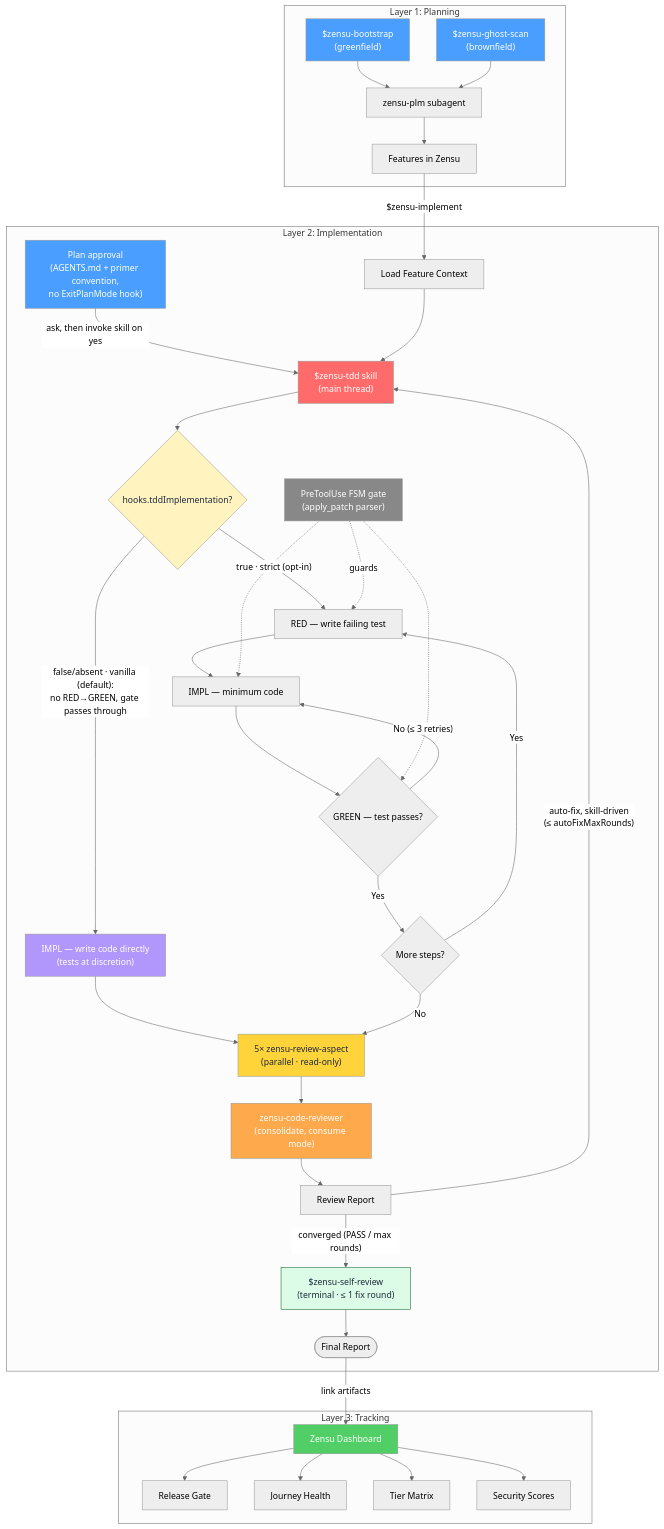
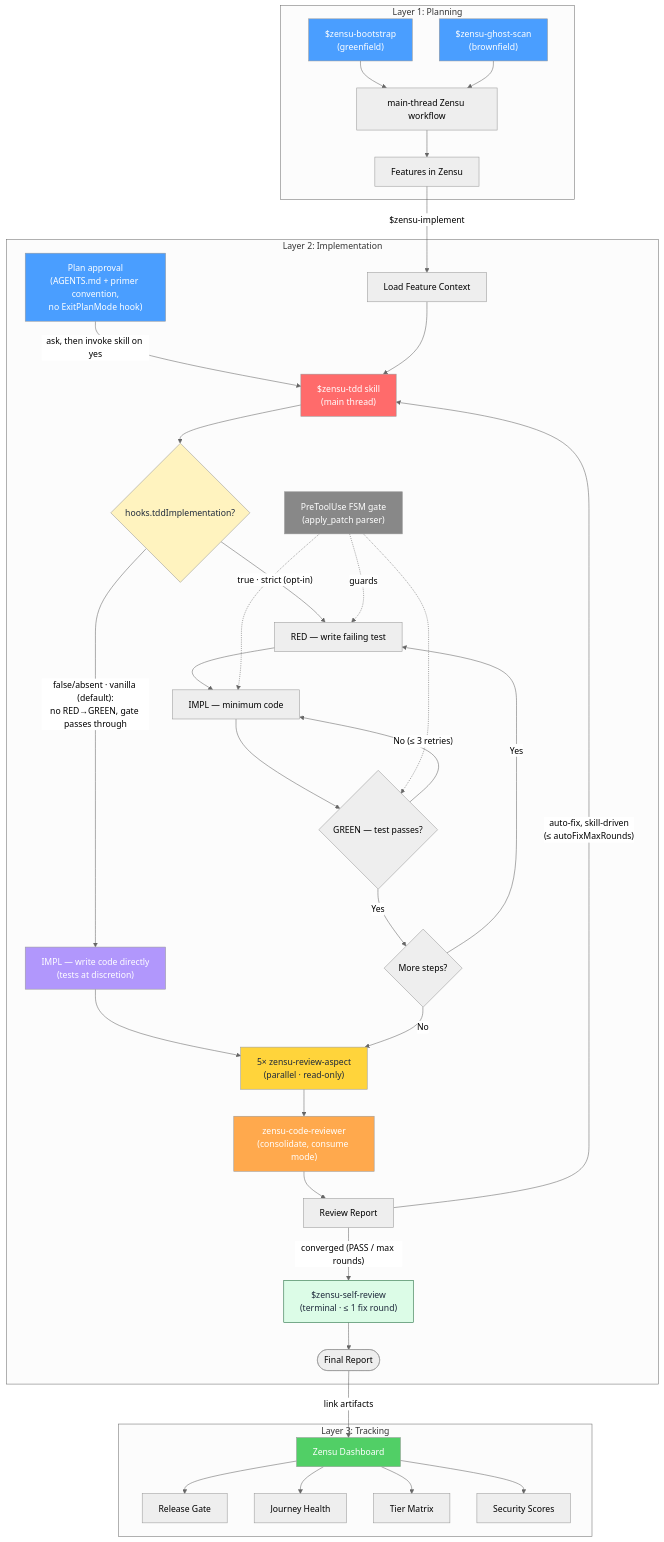
One commit to MKITConsulting/zensu-codex changed the diagram in README.md. Above: the diagram before and after it, drawn with Mermaid (neutral theme). The commit also changed other lines of this file and 103 other files, not shown here.

````diff
--- a/README.md
+++ b/README.md
@@ -73,52 +77,52 @@
 ```mermaid
 flowchart TD
     subgraph Planning["Layer 1: Planning"]
-        A1["$zensu-bootstrap<br/>(greenfield)"] --> B["zensu-plm subagent"]
+        A1["$zensu-bootstrap<br/>(greenfield)"] --> B["main-thread Zensu workflow"]
         A2["$zensu-ghost-scan<br/>(brownfield)"] --> B
         B --> C["Features in Zensu"]
     end
 
     subgraph Implementation["Layer 2: Implementation"]
         C -->|"$zensu-implement"| D["Load Feature Context"]
         PLAIN["Plan approval<br/>(AGENTS.md + primer convention,<br/>no ExitPlanMode hook)"] -->|"ask, then invoke skill on yes"| E
         D --> E["$zensu-tdd skill<br/>(main thread)"]
         E --> MODE{"hooks.tddImplementation?"}
         MODE -->|"true · strict (opt-in)"| RED["RED — write failing test"]
         MODE -->|"false/absent · vanilla (default):<br/>no RED→GREEN, gate passes through"| VAN["IMPL — write code directly<br/>(tests at discretion)"]
         VAN --> FAN
         RED --> IMPL["IMPL — minimum code"]
         IMPL --> GREEN{"GREEN — test passes?"}
         GREEN -->|"No (≤ 3 retries)"| IMPL
         GREEN -->|"Yes"| NEXT{"More steps?"}
         NEXT -->|"Yes"| RED
         NEXT -->|"No"| FAN["5× zensu-review-aspect<br/>(parallel · read-only)"]
         FAN --> K["zensu-code-reviewer<br/>(consolidate, consume mode)"]
         K --> L["Review Report"]
         L -->|"auto-fix, skill-driven<br/>(≤ autoFixMaxRounds)"| E
         L -->|"converged (PASS / max rounds)"| SR["$zensu-self-review<br/>(terminal · ≤ 1 fix round)"]
         SR --> FR(["Final Report"])
         GATE["PreToolUse FSM gate<br/>(apply_patch parser)"] -.guards.-> RED
         GATE -.-> IMPL
         GATE -.-> GREEN
     end
 
     subgraph Tracking["Layer 3: Tracking"]
         FR -->|"link artifacts"| M["Zensu Dashboard"]
         M --> Q["Release Gate"]
         M --> P["Journey Health"]
         M --> O["Tier Matrix"]
         M --> N["Security Scores"]
     end
 
     style A1 fill:#4a9eff,color:#fff
     style A2 fill:#4a9eff,color:#fff
     style PLAIN fill:#4a9eff,color:#fff
     style E fill:#ff6b6b,color:#fff
     style MODE fill:#fff3bf,color:#1e293b
     style VAN fill:#b197fc,color:#fff
     style GATE fill:#888,color:#fff
     style FAN fill:#ffd43b,color:#1e293b
     style K fill:#ffa94d,color:#fff
     style SR fill:#dcfce7,stroke:#166534,color:#1e293b
     style M fill:#51cf66,color:#fff
 ```
````
